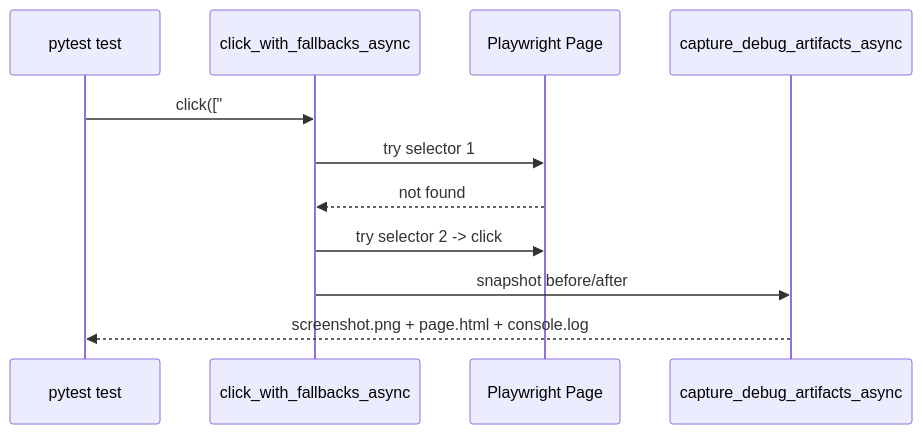
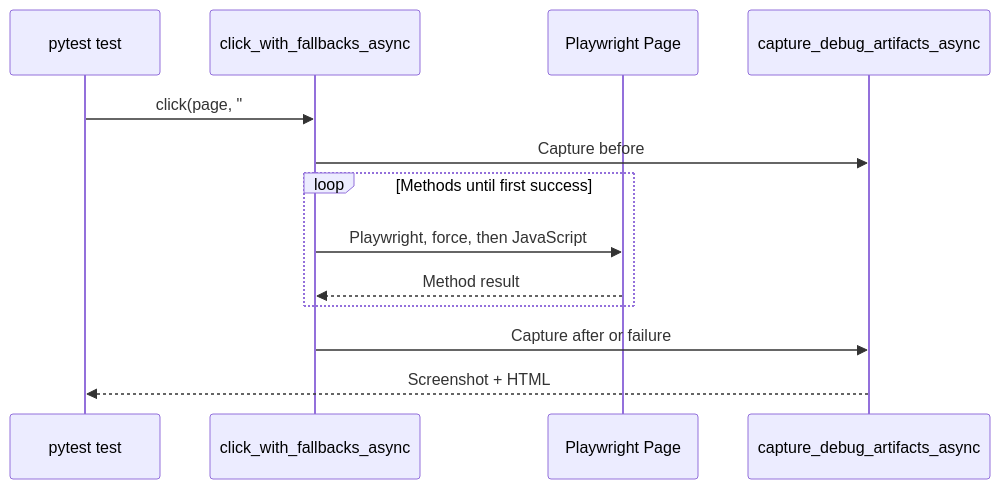
The diagram in README.md (scitex-ai/scitex-browser), drawn with Mermaid before and after one commit. The commit also changed other lines of this file and 5 other files, not shown here.

Commit message:
fix(browser): restore JavaScript fill and correct interaction guidance

````diff
--- a/README.md
+++ b/README.md
@@ -124,13 +125,15 @@
 ```mermaid
 sequenceDiagram
     participant T as pytest test
     participant H as click_with_fallbacks_async
     participant P as Playwright Page
     participant C as capture_debug_artifacts_async
-    T->>H: click(["#accept", ".cookie-ok"])
-    H->>P: try selector 1
-    P-->>H: not found
-    H->>P: try selector 2 -> click
-    H->>C: snapshot before/after
-    C-->>T: screenshot.png + page.html + console.log
+    T->>H: click(page, "#accept")
+    H->>C: Capture before
+    loop Methods until first success
+        H->>P: Playwright, force, then JavaScript
+        P-->>H: Method result
+    end
+    H->>C: Capture after or failure
+    C-->>T: Screenshot + HTML
 ```
````
